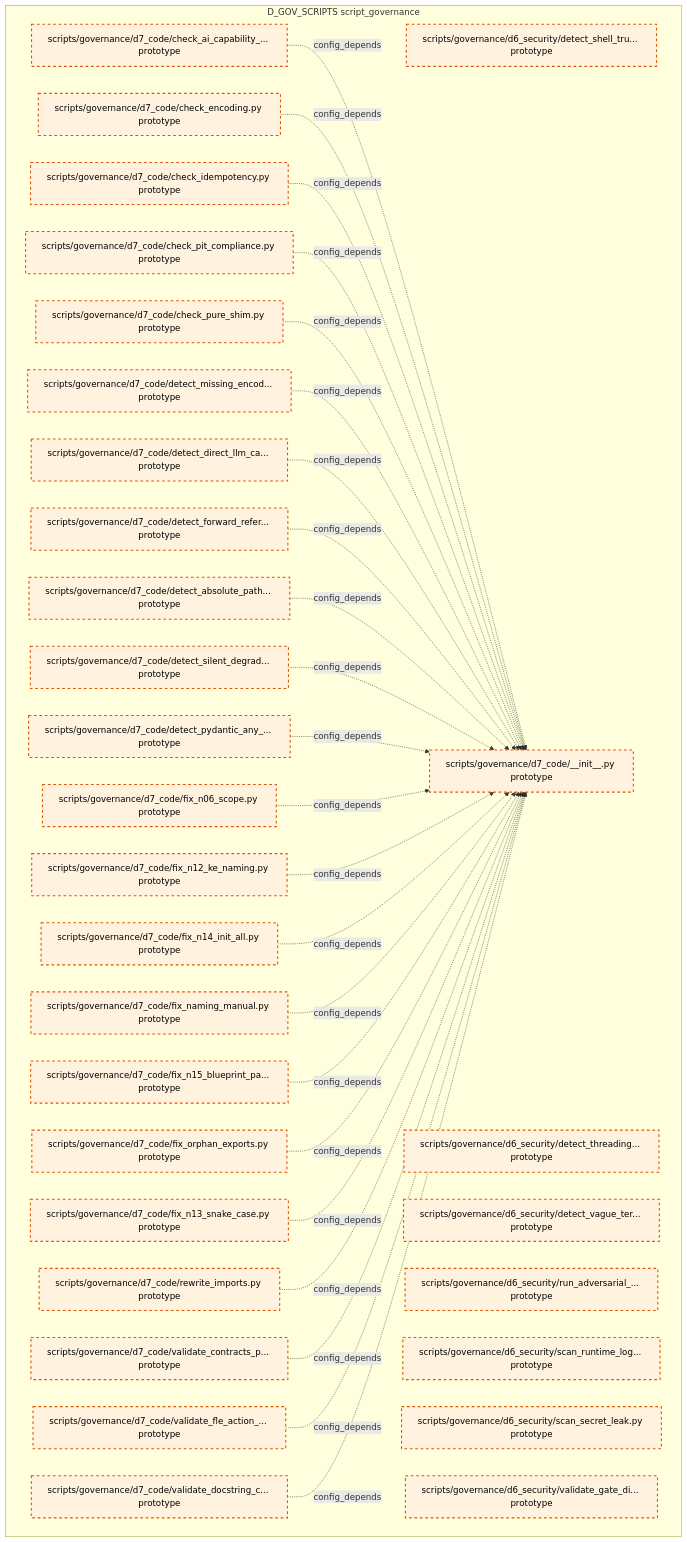
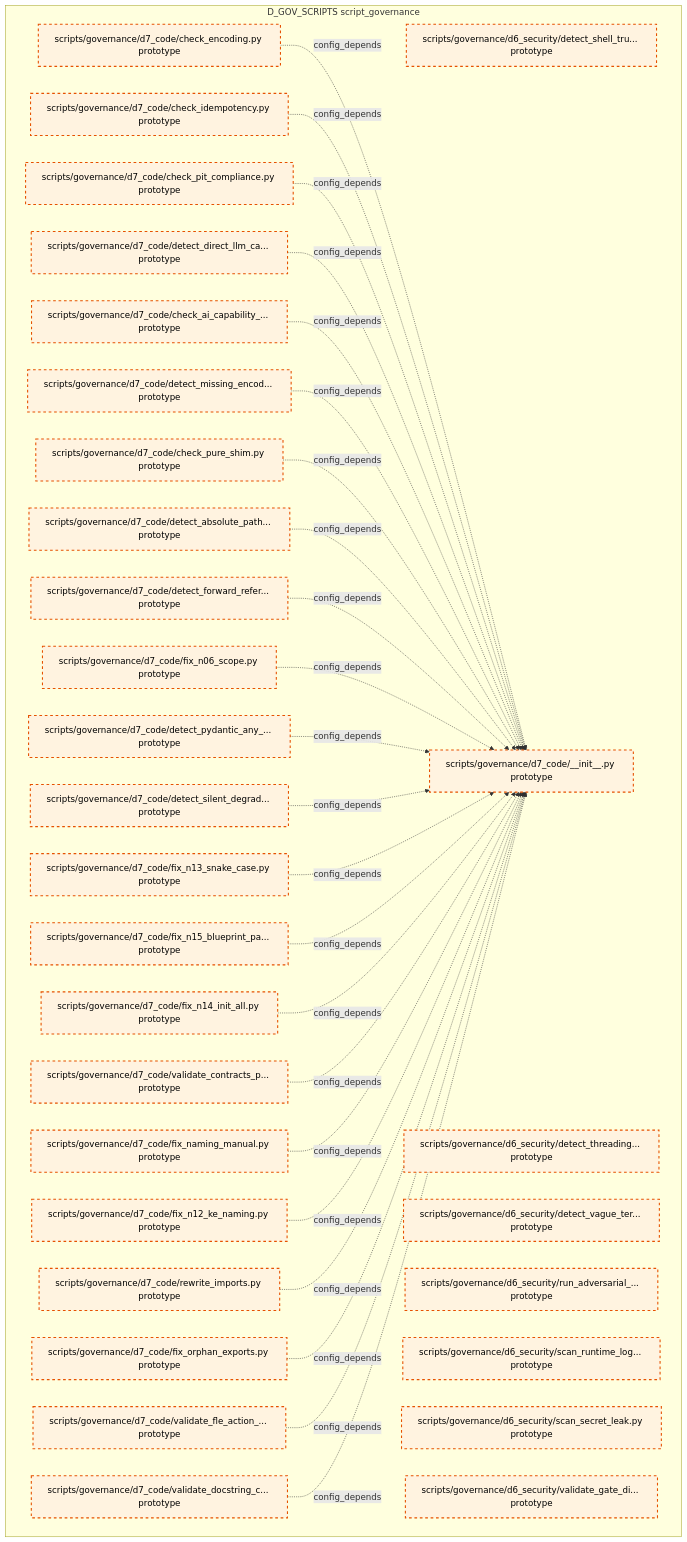
One commit to xuanFelixVan/ZephyrAlpha changed the tenth of 15 diagrams in docs/02_enterprise_architecture/02_domain_architecture_docs/36_d_gov_scripts.md. Above: the diagram before and after it, drawn with Mermaid. The commit also changed other lines of this file and 99 other files, not shown here.

````diff
--- a/docs/02_enterprise_architecture/02_domain_architecture_docs/36_d_gov_scripts.md
+++ b/docs/02_enterprise_architecture/02_domain_architecture_docs/36_d_gov_scripts.md
@@ -690,62 +690,62 @@
 ```mermaid
 graph TD
     subgraph D_GOV_SCRIPTS["D_GOV_SCRIPTS script_governance"]
         scripts_governance_d6_security_detect_shell_true_py["scripts/governance/d6_security/detect_shell_tru... prototype"]
         scripts_governance_d6_security_detect_threading_lock_py["scripts/governance/d6_security/detect_threading... prototype"]
         scripts_governance_d6_security_detect_vague_terms_py["scripts/governance/d6_security/detect_vague_ter... prototype"]
         scripts_governance_d6_security_run_adversarial_checks_py["scripts/governance/d6_security/run_adversarial_... prototype"]
         scripts_governance_d6_security_scan_runtime_log_secrets_py["scripts/governance/d6_security/scan_runtime_log... prototype"]
         scripts_governance_d6_security_scan_secret_leak_py["scripts/governance/d6_security/scan_secret_leak.py prototype"]
         scripts_governance_d6_security_validate_gate_discipline_py["scripts/governance/d6_security/validate_gate_di... prototype"]
         scripts_governance_d7_code_init_py["scripts/governance/d7_code/__init__.py prototype"]
         scripts_governance_d7_code_check_ai_capability_boundary_py["scripts/governance/d7_code/check_ai_capability_... prototype"]
         scripts_governance_d7_code_check_encoding_py["scripts/governance/d7_code/check_encoding.py prototype"]
         scripts_governance_d7_code_check_idempotency_py["scripts/governance/d7_code/check_idempotency.py prototype"]
         scripts_governance_d7_code_check_pit_compliance_py["scripts/governance/d7_code/check_pit_compliance.py prototype"]
         scripts_governance_d7_code_check_pure_shim_py["scripts/governance/d7_code/check_pure_shim.py prototype"]
         scripts_governance_d7_code_detect_absolute_path_hardcoding_py["scripts/governance/d7_code/detect_absolute_path... prototype"]
         scripts_governance_d7_code_detect_direct_llm_calls_py["scripts/governance/d7_code/detect_direct_llm_ca... prototype"]
         scripts_governance_d7_code_detect_forward_reference_py["scripts/governance/d7_code/detect_forward_refer... prototype"]
         scripts_governance_d7_code_detect_missing_encoding_py["scripts/governance/d7_code/detect_missing_encod... prototype"]
         scripts_governance_d7_code_detect_pydantic_any_fields_py["scripts/governance/d7_code/detect_pydantic_any_... prototype"]
         scripts_governance_d7_code_detect_silent_degradation_py["scripts/governance/d7_code/detect_silent_degrad... prototype"]
         scripts_governance_d7_code_fix_n06_scope_py["scripts/governance/d7_code/fix_n06_scope.py prototype"]
         scripts_governance_d7_code_fix_n12_ke_naming_py["scripts/governance/d7_code/fix_n12_ke_naming.py prototype"]
         scripts_governance_d7_code_fix_n13_snake_case_py["scripts/governance/d7_code/fix_n13_snake_case.py prototype"]
         scripts_governance_d7_code_fix_n14_init_all_py["scripts/governance/d7_code/fix_n14_init_all.py prototype"]
         scripts_governance_d7_code_fix_n15_blueprint_path_py["scripts/governance/d7_code/fix_n15_blueprint_pa... prototype"]
         scripts_governance_d7_code_fix_naming_manual_py["scripts/governance/d7_code/fix_naming_manual.py prototype"]
         scripts_governance_d7_code_fix_orphan_exports_py["scripts/governance/d7_code/fix_orphan_exports.py prototype"]
         scripts_governance_d7_code_rewrite_imports_py["scripts/governance/d7_code/rewrite_imports.py prototype"]
         scripts_governance_d7_code_validate_contracts_purity_py["scripts/governance/d7_code/validate_contracts_p... prototype"]
         scripts_governance_d7_code_validate_docstring_coverage_py["scripts/governance/d7_code/validate_docstring_c... prototype"]
         scripts_governance_d7_code_validate_fle_action_metadata_py["scripts/governance/d7_code/validate_fle_action_... prototype"]
     end
-    scripts_governance_d7_code_check_ai_capability_boundary_py -.->|config_depends| scripts_governance_d7_code_init_py
     scripts_governance_d7_code_check_encoding_py -.->|config_depends| scripts_governance_d7_code_init_py
     scripts_governance_d7_code_check_idempotency_py -.->|config_depends| scripts_governance_d7_code_init_py
     scripts_governance_d7_code_check_pit_compliance_py -.->|config_depends| scripts_governance_d7_code_init_py
+    scripts_governance_d7_code_detect_direct_llm_calls_py -.->|config_depends| scripts_governance_d7_code_init_py
+    scripts_governance_d7_code_check_ai_capability_boundary_py -.->|config_depends| scripts_governance_d7_code_init_py
+    scripts_governance_d7_code_detect_missing_encoding_py -.->|config_depends| scripts_governance_d7_code_init_py
     scripts_governance_d7_code_check_pure_shim_py -.->|config_depends| scripts_governance_d7_code_init_py
-    scripts_governance_d7_code_detect_missing_encoding_py -.->|config_depends| scripts_governance_d7_code_init_py
-    scripts_governance_d7_code_detect_direct_llm_calls_py -.->|config_depends| scripts_governance_d7_code_init_py
+    scripts_governance_d7_code_detect_absolute_path_hardcoding_py -.->|config_depends| scripts_governance_d7_code_init_py
     scripts_governance_d7_code_detect_forward_reference_py -.->|config_depends| scripts_governance_d7_code_init_py
-    scripts_governance_d7_code_detect_absolute_path_hardcoding_py -.->|config_depends| scripts_governance_d7_code_init_py
+    scripts_governance_d7_code_fix_n06_scope_py -.->|config_depends| scripts_governance_d7_code_init_py
+    scripts_governance_d7_code_detect_pydantic_any_fields_py -.->|config_depends| scripts_governance_d7_code_init_py
     scripts_governance_d7_code_detect_silent_degradation_py -.->|config_depends| scripts_governance_d7_code_init_py
-    scripts_governance_d7_code_detect_pydantic_any_fields_py -.->|config_depends| scripts_governance_d7_code_init_py
-    scripts_governance_d7_code_fix_n06_scope_py -.->|config_depends| scripts_governance_d7_code_init_py
+    scripts_governance_d7_code_fix_n13_snake_case_py -.->|config_depends| scripts_governance_d7_code_init_py
+    scripts_governance_d7_code_fix_n15_blueprint_path_py -.->|config_depends| scripts_governance_d7_code_init_py
+    scripts_governance_d7_code_fix_n14_init_all_py -.->|config_depends| scripts_governance_d7_code_init_py
+    scripts_governance_d7_code_validate_contracts_purity_py -.->|config_depends| scripts_governance_d7_code_init_py
+    scripts_governance_d7_code_fix_naming_manual_py -.->|config_depends| scripts_governance_d7_code_init_py
     scripts_governance_d7_code_fix_n12_ke_naming_py -.->|config_depends| scripts_governance_d7_code_init_py
-    scripts_governance_d7_code_fix_n14_init_all_py -.->|config_depends| scripts_governance_d7_code_init_py
-    scripts_governance_d7_code_fix_naming_manual_py -.->|config_depends| scripts_governance_d7_code_init_py
-    scripts_governance_d7_code_fix_n15_blueprint_path_py -.->|config_depends| scripts_governance_d7_code_init_py
+    scripts_governance_d7_code_rewrite_imports_py -.->|config_depends| scripts_governance_d7_code_init_py
     scripts_governance_d7_code_fix_orphan_exports_py -.->|config_depends| scripts_governance_d7_code_init_py
-    scripts_governance_d7_code_fix_n13_snake_case_py -.->|config_depends| scripts_governance_d7_code_init_py
-    scripts_governance_d7_code_rewrite_imports_py -.->|config_depends| scripts_governance_d7_code_init_py
-    scripts_governance_d7_code_validate_contracts_purity_py -.->|config_depends| scripts_governance_d7_code_init_py
     scripts_governance_d7_code_validate_fle_action_metadata_py -.->|config_depends| scripts_governance_d7_code_init_py
     scripts_governance_d7_code_validate_docstring_coverage_py -.->|config_depends| scripts_governance_d7_code_init_py
     classDef production fill:#e1f5fe,stroke:#01579b,stroke-width:2px,color:#000
     classDef design fill:#fff3e0,stroke:#e65100,stroke-width:2px,color:#000,stroke-dasharray: 5 5
     classDef external_prod fill:#e8f5e9,stroke:#1b5e20,stroke-width:1px,color:#000
     classDef external_design fill:#fce4ec,stroke:#880e4f,stroke-width:1px,color:#000,stroke-dasharray: 5 5
     class scripts_governance_d6_security_detect_shell_true_py,scripts_governance_d6_security_detect_threading_lock_py,scripts_governance_d6_security_detect_vague_terms_py,scripts_governance_d6_security_run_adversarial_checks_py,scripts_governance_d6_security_scan_runtime_log_secrets_py,scripts_governance_d6_security_scan_secret_leak_py,scripts_governance_d6_security_validate_gate_discipline_py,scripts_governance_d7_code_init_py,scripts_governance_d7_code_check_ai_capability_boundary_py,scripts_governance_d7_code_check_encoding_py,scripts_governance_d7_code_check_idempotency_py,scripts_governance_d7_code_check_pit_compliance_py,scripts_governance_d7_code_check_pure_shim_py,scripts_governance_d7_code_detect_absolute_path_hardcoding_py,scripts_governance_d7_code_detect_direct_llm_calls_py,scripts_governance_d7_code_detect_forward_reference_py,scripts_governance_d7_code_detect_missing_encoding_py,scripts_governance_d7_code_detect_pydantic_any_fields_py,scripts_governance_d7_code_detect_silent_degradation_py,scripts_governance_d7_code_fix_n06_scope_py,scripts_governance_d7_code_fix_n12_ke_naming_py,scripts_governance_d7_code_fix_n13_snake_case_py,scripts_governance_d7_code_fix_n14_init_all_py,scripts_governance_d7_code_fix_n15_blueprint_path_py,scripts_governance_d7_code_fix_naming_manual_py,scripts_governance_d7_code_fix_orphan_exports_py,scripts_governance_d7_code_rewrite_imports_py,scripts_governance_d7_code_validate_contracts_purity_py,scripts_governance_d7_code_validate_docstring_coverage_py,scripts_governance_d7_code_validate_fle_action_metadata_py design
 ```
````
